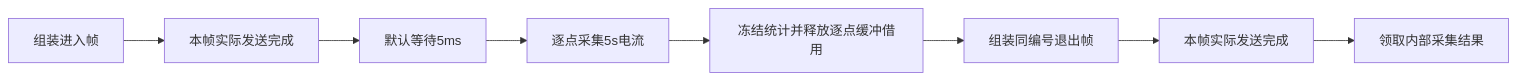
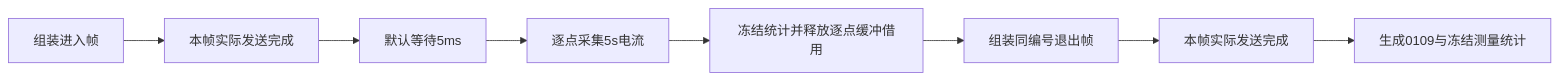
Before and after one commit to moka-999/study: the diagram in doc/idd_session_prepare_20261105.md, drawn with Mermaid. The commit also changed other lines of this file and 31 other files, not shown here.

````diff
--- a/doc/idd_session_prepare_20261105.md
+++ b/doc/idd_session_prepare_20261105.md
@@ -9,10 +9,10 @@
 ```mermaid
 flowchart LR
   A[组装进入帧] --> B[本帧实际发送完成]
   B --> C[默认等待5ms]
   C --> D[逐点采集5s电流]
   D --> E[冻结统计并释放逐点缓冲借用]
   E --> F[组装同编号退出帧]
   F --> G[本帧实际发送完成]
-  G --> H[领取内部采集结果]
+  G --> H[生成0109与冻结测量统计]
 ```
````
